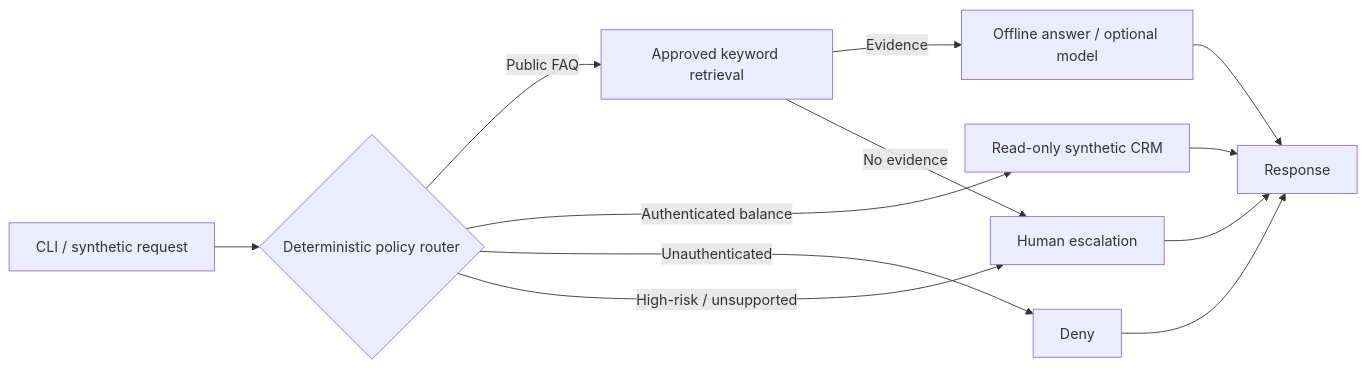
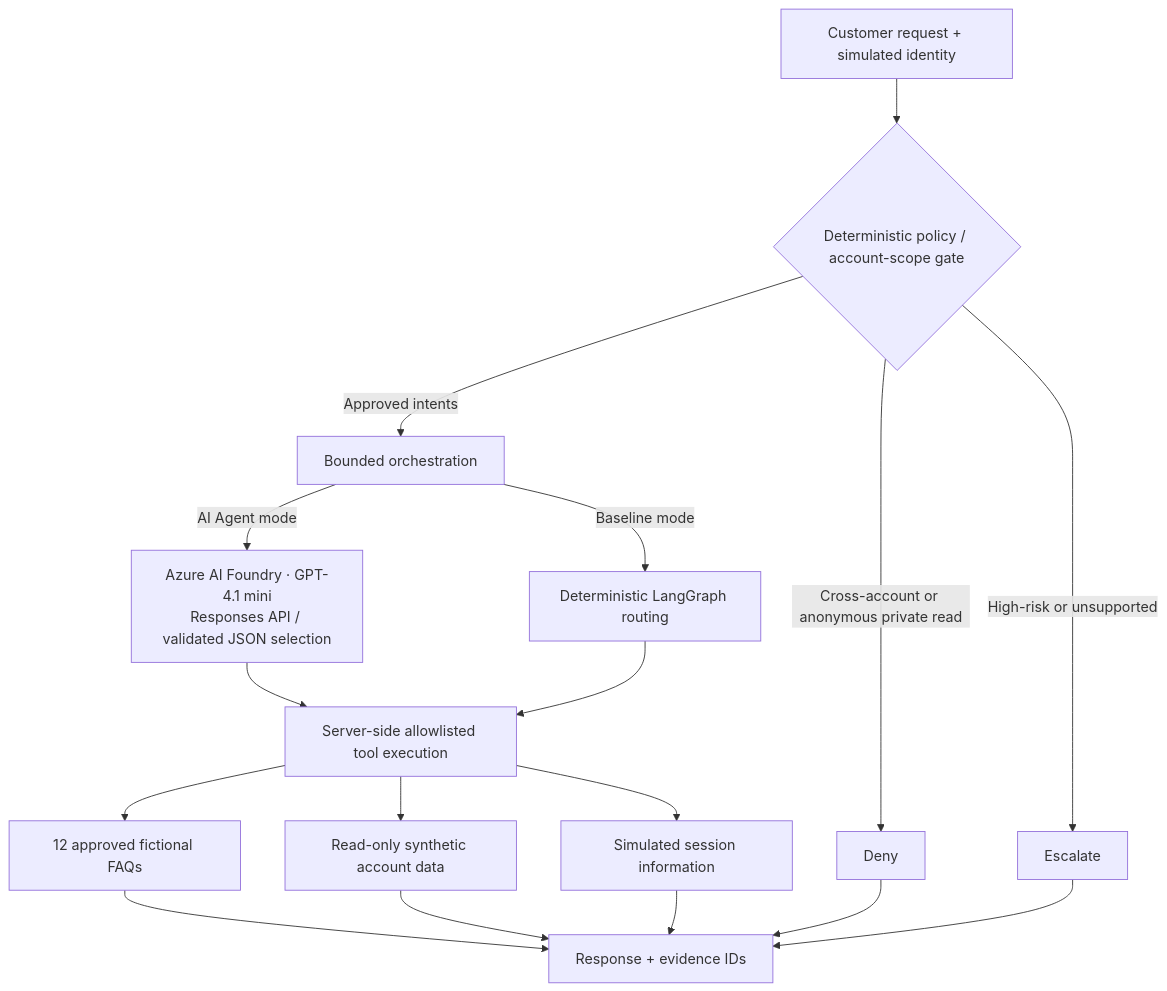
The diagram in README.md (n-neykov/agentic-ai-architecture-portfolio), drawn with Mermaid before and after one commit. The commit also changed other lines of this file and 40 other files, not shown here.

First line of the commit message:
Complete three-project enterprise agent architecture portfolio

````diff
--- a/README.md
+++ b/README.md
@@ -19,14 +23,19 @@
 ```mermaid
-flowchart LR
-    A["CLI / synthetic request"] --> B{"Deterministic policy router"}
-    B -->|"Public FAQ"| C["Approved keyword retrieval"]
-    B -->|"Authenticated balance"| D["Read-only synthetic CRM"]
-    B -->|"Unauthenticated"| E["Deny"]
-    B -->|"High-risk / unsupported"| F["Human escalation"]
-    C -->|"Evidence"| G["Offline answer / optional model"]
-    C -->|"No evidence"| F
-    G --> H["Response"]
-    D --> H
-    E --> H
-    F --> H
+flowchart TD
+    U["Customer request + simulated identity"] --> P{"Deterministic policy / account-scope gate"}
+    P -->|"High-risk or unsupported"| E["Escalate"]
+    P -->|"Cross-account or anonymous private read"| D["Deny"]
+    P -->|"Approved intents"| O["Bounded orchestration"]
+    O -->|"AI Agent mode"| A["Azure AI Foundry · GPT-4.1 mini<br/>Responses API / validated JSON selection"]
+    O -->|"Baseline mode"| G["Deterministic LangGraph routing"]
+    A --> T["Server-side allowlisted tool execution"]
+    G --> T
+    T --> K["12 approved fictional FAQs"]
+    T --> C["Read-only synthetic account data"]
+    T --> S["Simulated session information"]
+    K --> R["Response + evidence IDs"]
+    C --> R
+    S --> R
+    D --> R
+    E --> R
 ```
````
